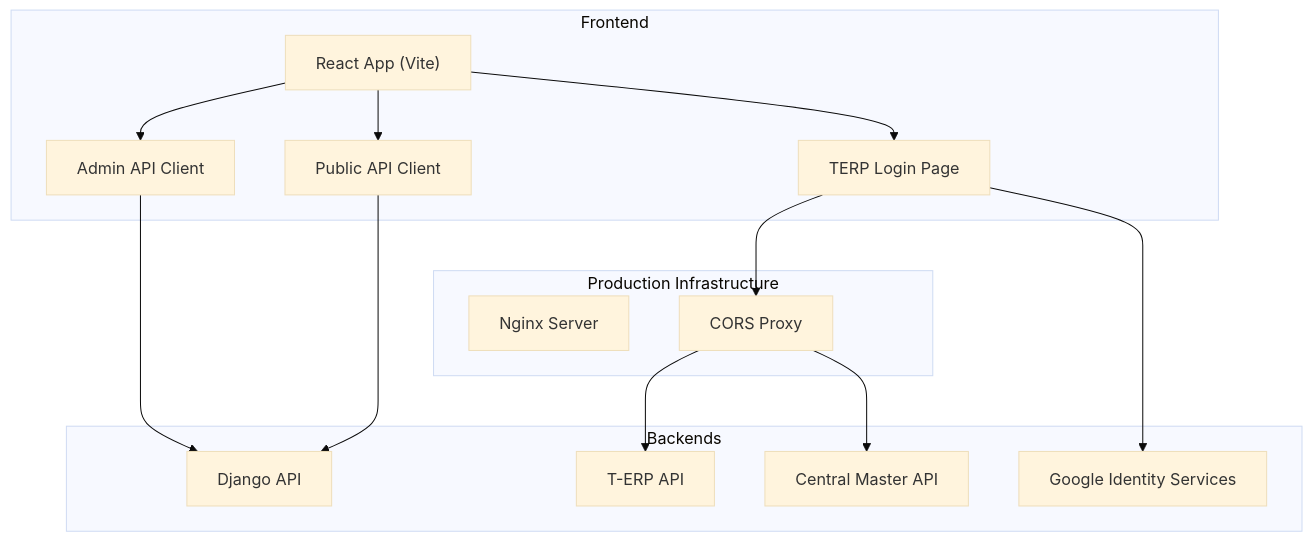
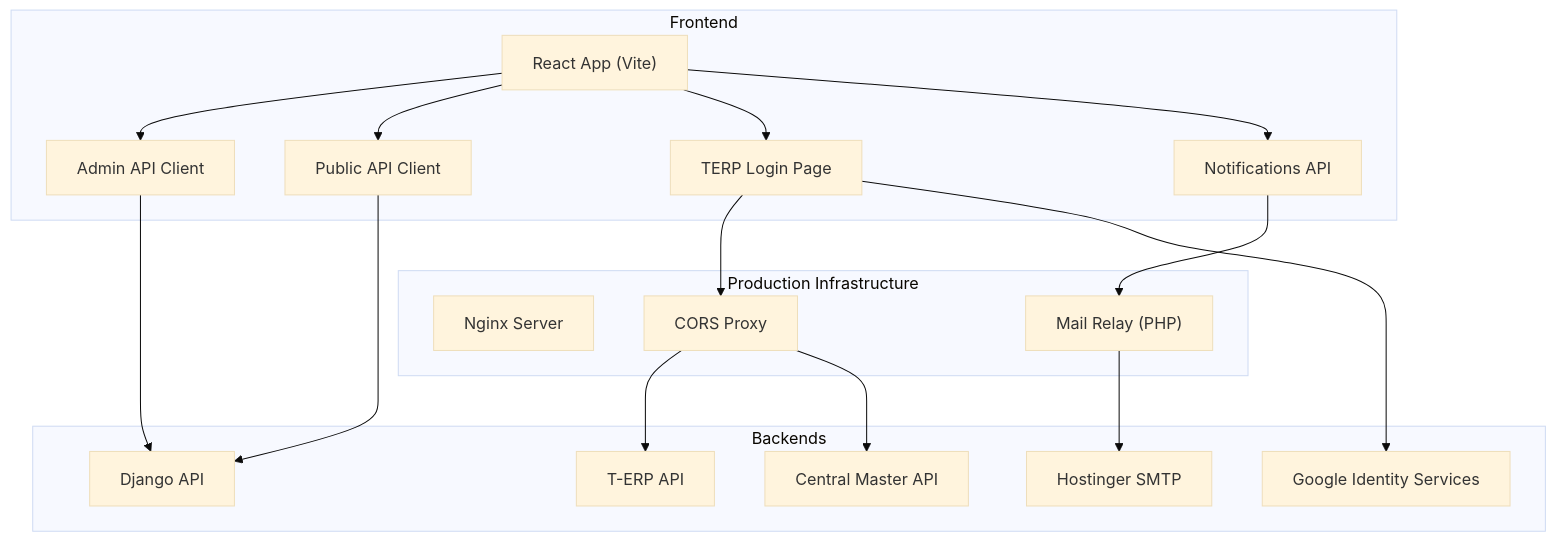
The third of 7 diagrams in .qoder/repowiki/en/content/Deployment Guide.md (imcbsglobal/TRELLISCO_ERP_FRONTEND), drawn with Mermaid (base theme) before and after one commit. The commit also changed other lines of this file and 20 other files, not shown here.

````diff
--- a/.qoder/repowiki/en/content/Deployment Guide.md
+++ b/.qoder/repowiki/en/content/Deployment Guide.md
@@ -128,28 +140,34 @@
 ```mermaid
 graph TB
 subgraph "Frontend"
 FE["React App (Vite)"]
 AC["Admin API Client"]
 PC["Public API Client"]
 TL["TERP Login Page"]
+NM["Notifications API"]
 end
 subgraph "Backends"
 BE["Django API"]
 TERP["T-ERP API"]
 CENTRAL["Central Master API"]
 GSI["Google Identity Services"]
+SMTP["Hostinger SMTP"]
 end
 subgraph "Production Infrastructure"
 NGINX["Nginx Server"]
 PROXY["CORS Proxy"]
+MAILRELAY["Mail Relay (PHP)"]
 end
 FE --> AC
 FE --> PC
 FE --> TL
+FE --> NM
 AC --> BE
 PC --> BE
 TL --> PROXY
+NM --> MAILRELAY
 PROXY --> TERP
 PROXY --> CENTRAL
+MAILRELAY --> SMTP
 TL --> GSI
 ```
````
